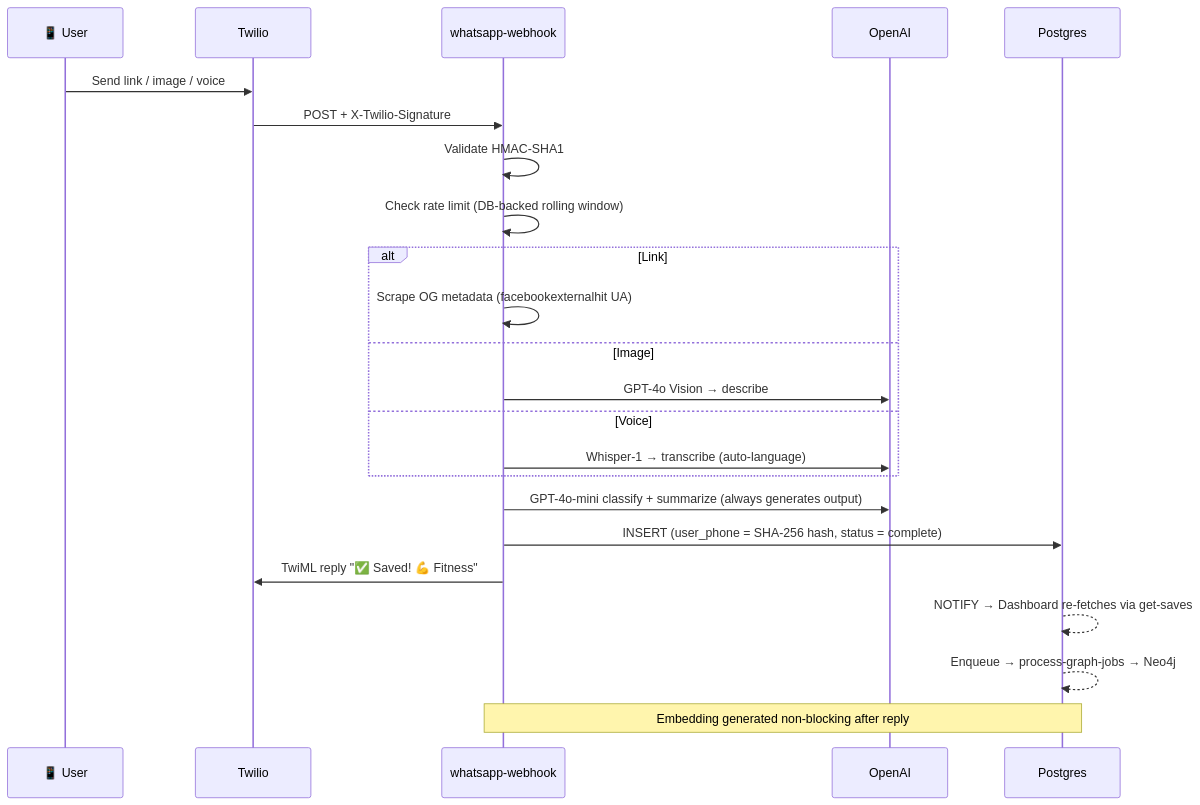
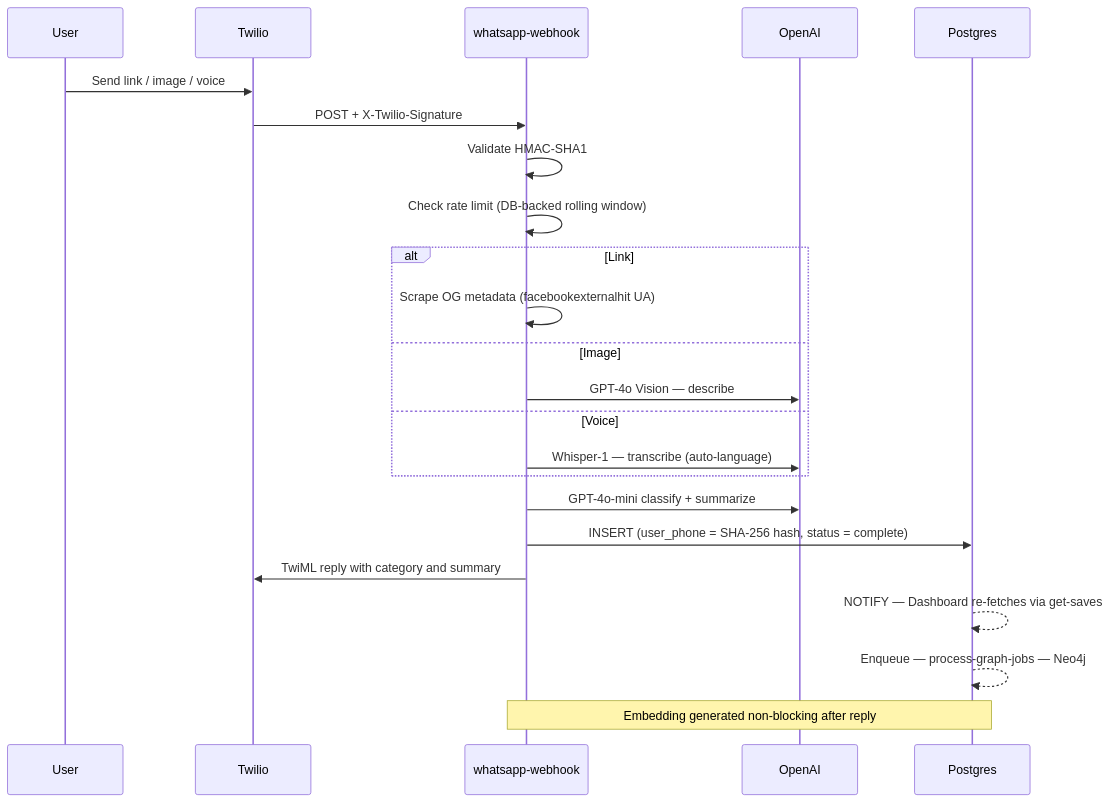
The second of 2 diagrams in README.md (Aji-25/hack180dc), drawn with Mermaid before and after one commit. The commit also changed other lines of this file, not shown here.

````diff
--- a/README.md
+++ b/README.md
@@ -148,26 +142,26 @@
 ```mermaid
 sequenceDiagram
-    participant U as 📱 User
+    participant U as User
     participant T as Twilio
     participant E as whatsapp-webhook
     participant AI as OpenAI
     participant DB as Postgres
 
     U->>T: Send link / image / voice
     T->>E: POST + X-Twilio-Signature
     E->>E: Validate HMAC-SHA1
     E->>E: Check rate limit (DB-backed rolling window)
     alt Link
         E->>E: Scrape OG metadata (facebookexternalhit UA)
     else Image
-        E->>AI: GPT-4o Vision → describe
+        E->>AI: GPT-4o Vision — describe
     else Voice
-        E->>AI: Whisper-1 → transcribe (auto-language)
+        E->>AI: Whisper-1 — transcribe (auto-language)
     end
-    E->>AI: GPT-4o-mini classify + summarize (always generates output)
+    E->>AI: GPT-4o-mini classify + summarize
     E->>DB: INSERT (user_phone = SHA-256 hash, status = complete)
-    E->>T: TwiML reply "✅ Saved! 💪 Fitness"
-    DB-->>DB: NOTIFY → Dashboard re-fetches via get-saves
-    DB-->>DB: Enqueue → process-graph-jobs → Neo4j
+    E->>T: TwiML reply with category and summary
+    DB-->>DB: NOTIFY — Dashboard re-fetches via get-saves
+    DB-->>DB: Enqueue — process-graph-jobs — Neo4j
     Note over E,DB: Embedding generated non-blocking after reply
 ```
````
